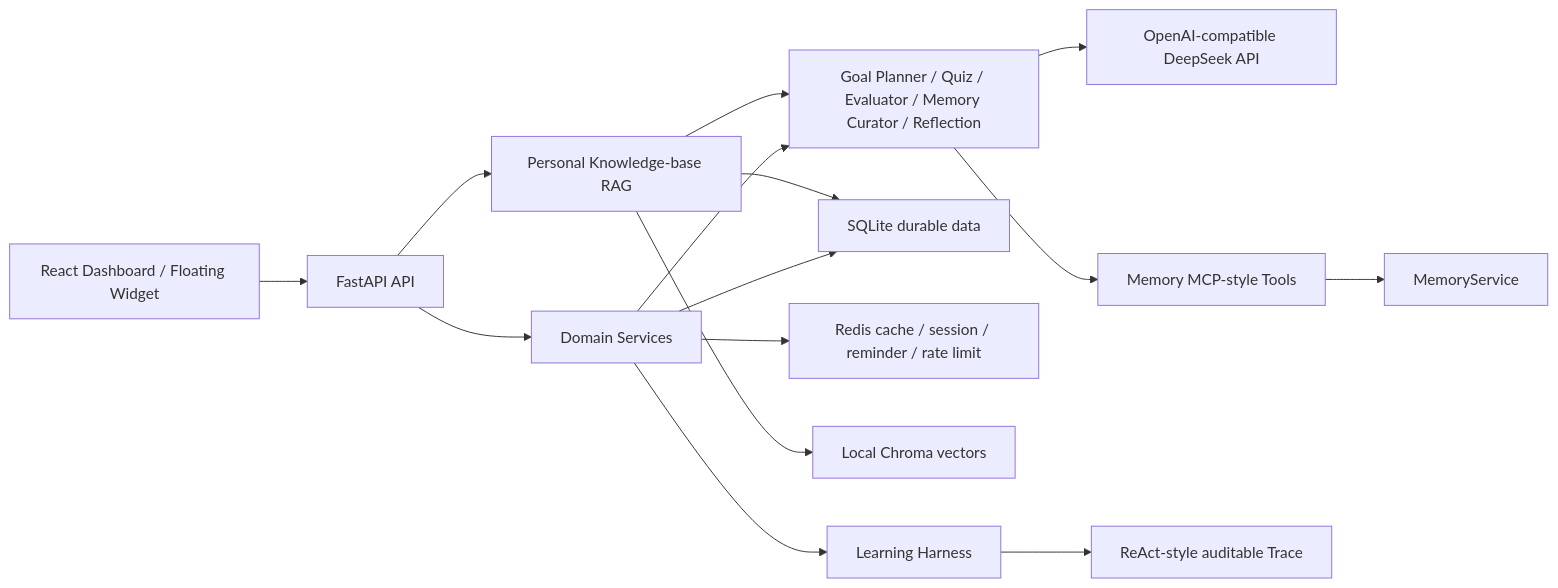
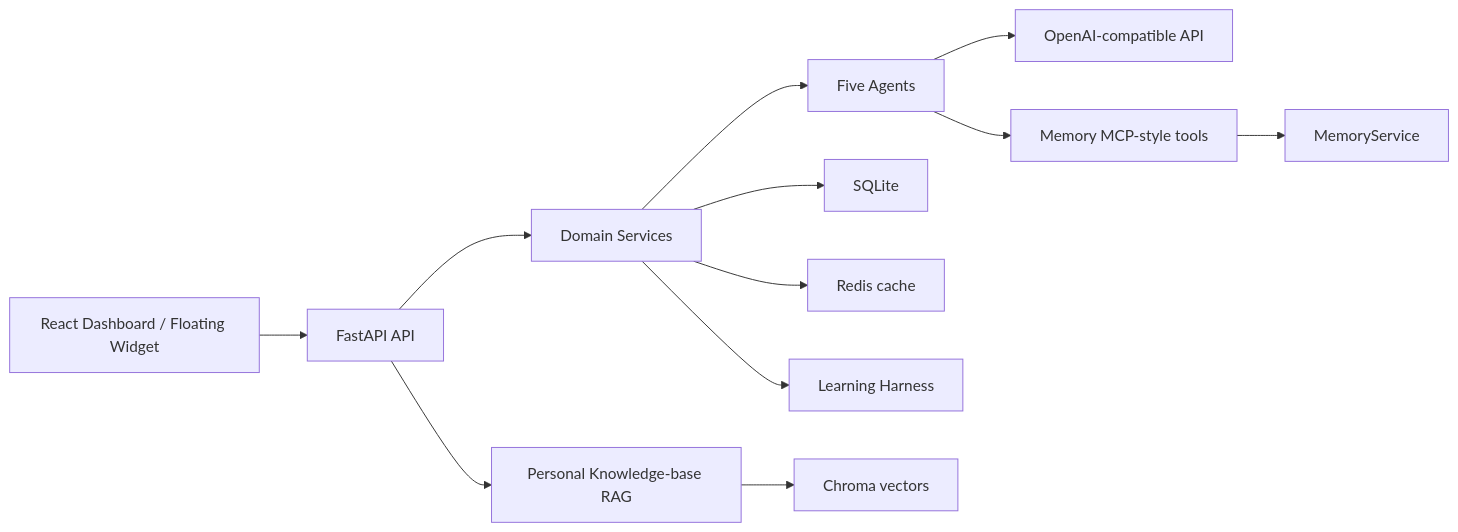
Before and after one commit to leeien/LearnLoop: the second of 2 diagrams in README.md, drawn with Mermaid. The commit also changed other lines of this file, not shown here.

````diff
--- a/README.md
+++ b/README.md
@@ -44,17 +113,14 @@
 ```mermaid
 flowchart LR
-    UI["React Dashboard / Floating Widget"] --> API["FastAPI API"]
-    API --> SVC["Domain Services"]
-    SVC --> AGENTS["Goal Planner / Quiz / Evaluator / Memory Curator / Reflection"]
-    AGENTS --> LLM["OpenAI-compatible DeepSeek API"]
-    SVC --> DB["SQLite durable data"]
-    SVC --> REDIS["Redis cache / session / reminder / rate limit"]
-    AGENTS --> MCP["Memory MCP-style Tools"]
-    MCP --> MS["MemoryService"]
-    API --> RAG["Personal Knowledge-base RAG"]
-    RAG --> CHROMA["Local Chroma vectors"]
-    RAG --> DB
-    RAG --> AGENTS
-    SVC --> HARNESS["Learning Harness"]
-    HARNESS --> TRACE["ReAct-style auditable Trace"]
+    UI[React Dashboard / Floating Widget] --> API[FastAPI API]
+    API --> SVC[Domain Services]
+    SVC --> AGENTS[Five Agents]
+    AGENTS --> LLM[OpenAI-compatible API]
+    SVC --> DB[SQLite]
+    SVC --> REDIS[Redis cache]
+    AGENTS --> MCP[Memory MCP-style tools]
+    MCP --> MS[MemoryService]
+    API --> RAG[Personal Knowledge-base RAG]
+    RAG --> CHROMA[Chroma vectors]
+    SVC --> HARNESS[Learning Harness]
 ```
````
